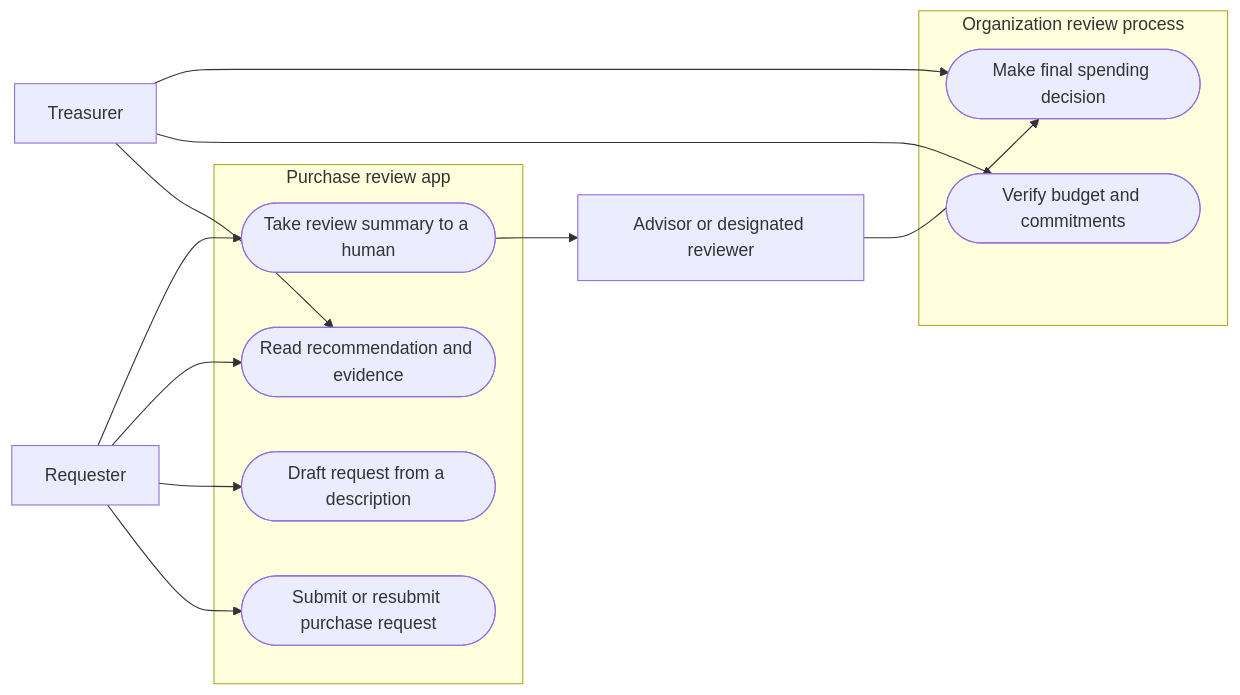
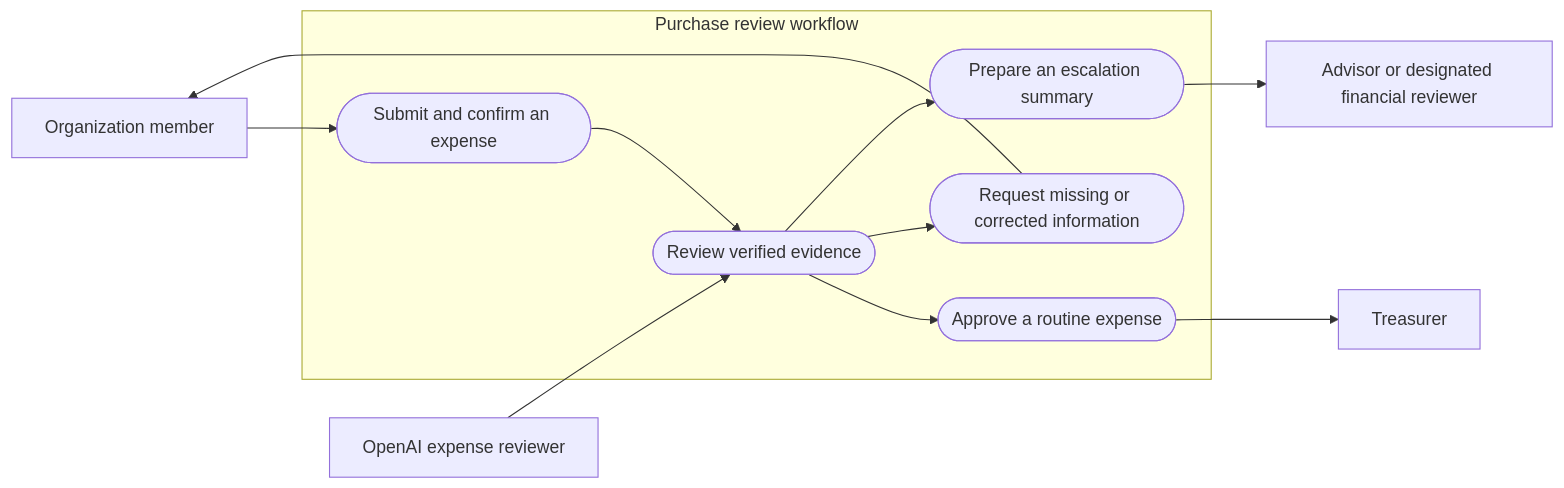
One commit to tom4247/Campus-spending-review-agent changed the third of 4 diagrams in README.md. Above: the diagram before and after it, drawn with Mermaid. The commit also changed other lines of this file and 4 other files, not shown here.

````diff
--- a/README.md
+++ b/README.md
@@ -104,25 +76,23 @@
 ```mermaid
 flowchart LR
-    requester["Requester"]
+    member["Organization member"]
+    agent["OpenAI expense reviewer"]
     treasurer["Treasurer"]
-    advisor["Advisor or designated reviewer"]
-    subgraph application["Purchase review app"]
-        submit(["Submit or resubmit purchase request"])
-        draft(["Draft request from a description"])
-        result(["Read recommendation and evidence"])
-        handoff(["Take review summary to a human"])
+    reviewer["Advisor or designated financial reviewer"]
+    subgraph app["Purchase review workflow"]
+        submit(["Submit and confirm an expense"])
+        review(["Review verified evidence"])
+        approve(["Approve a routine expense"])
+        defer(["Request missing or corrected information"])
+        escalate(["Prepare an escalation summary"])
     end
-    subgraph organization["Organization review process"]
-        reconcile(["Verify budget and commitments"])
-        authorize(["Make final spending decision"])
-    end
-    requester --> submit
-    requester --> draft
-    requester --> result
-    requester --> handoff
-    treasurer --> result
-    treasurer --> reconcile
-    treasurer --> authorize
-    handoff --> advisor
-    advisor --> authorize
+    member --> submit
+    submit --> review
+    agent --> review
+    review --> approve
+    review --> defer
+    review --> escalate
+    approve --> treasurer
+    defer --> member
+    escalate --> reviewer
 ```
````
